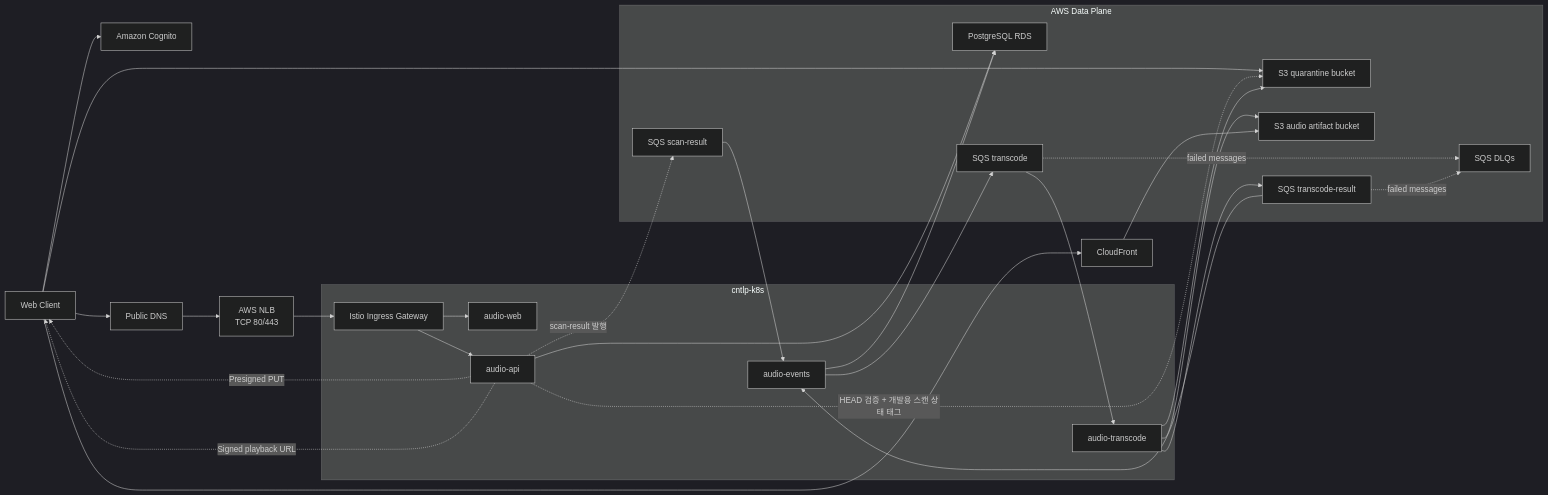
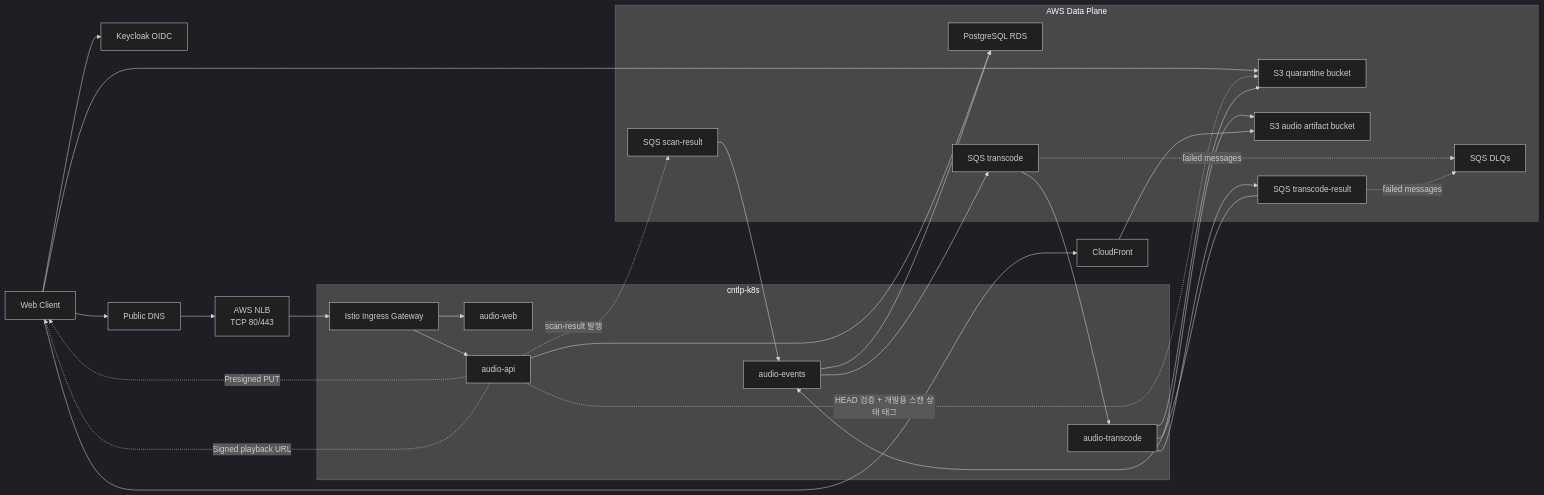
One commit to project-cantaloupe/03-app-audio changed the first of 5 diagrams in docs/audio-service-architecture.md. Above: the diagram before and after it, drawn with Mermaid (dark theme). The commit also changed other lines of this file and 34 other files, not shown here.

Commit message:
feat(auth): connect Keycloak OIDC

````diff
--- a/docs/audio-service-architecture.md
+++ b/docs/audio-service-architecture.md
@@ -109,55 +109,55 @@
 ```mermaid
 flowchart LR
     Client["Web Client"]
-    Cognito["Amazon Cognito"]
+    Keycloak["Keycloak OIDC"]
     DNS["Public DNS"]
     NLB["AWS NLB<br/>TCP 80/443"]
     CloudFront["CloudFront"]
 
     subgraph Cluster["cntlp-k8s"]
         Ingress["Istio Ingress Gateway"]
         Web["audio-web"]
         API["audio-api"]
         Events["audio-events"]
         Worker["audio-transcode"]
     end
 
     subgraph Data["AWS Data Plane"]
         RDS["PostgreSQL RDS"]
         Incoming["S3 quarantine bucket"]
         Artifacts["S3 audio artifact bucket"]
         ScanQueue["SQS scan-result"]
         JobQueue["SQS transcode"]
         ResultQueue["SQS transcode-result"]
         DLQ["SQS DLQs"]
     end
 
-    Client --> Cognito
+    Client --> Keycloak
     Client --> DNS
     DNS --> NLB
     NLB --> Ingress
     Ingress --> Web
     Ingress --> API
     API --> RDS
     API -. "Presigned PUT" .-> Client
     Client --> Incoming
 
     API -. "HEAD 검증 + 개발용 스캔 상태 태그" .-> Incoming
     API -. "scan-result 발행" .-> ScanQueue
     ScanQueue --> Events
     Events --> RDS
     Events --> JobQueue
 
     JobQueue --> Worker
     Worker --> Incoming
     Worker --> Artifacts
     Worker --> ResultQueue
     ResultQueue --> Events
 
     JobQueue -. "failed messages" .-> DLQ
     ResultQueue -. "failed messages" .-> DLQ
 
     API -. "Signed playback URL" .-> Client
     Client --> CloudFront
     CloudFront --> Artifacts
 ```
````
